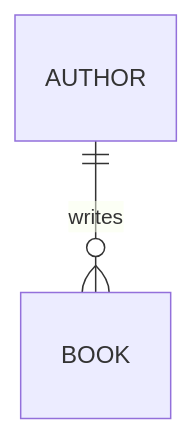
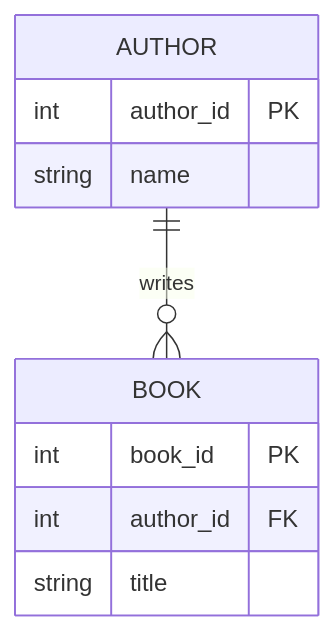
The diagram in erd-diagram.md (sjlockett/techmart-pipeline), drawn with Mermaid before and after one commit.

Commit message:
Update ERD diagram with AUTHOR and BOOK entities
Added author and book entities to the ERD diagram.

````diff
--- a/erd-diagram.md
+++ b/erd-diagram.md
@@ -3,4 +3,13 @@
 ```mermaid
 erDiagram
+    AUTHOR {
+        int author_id PK
+        string name
+    }
+    BOOK {
+        int book_id PK
+        int author_id FK
+        string title
+    }
     AUTHOR ||--o{ BOOK : writes
 ```
````
